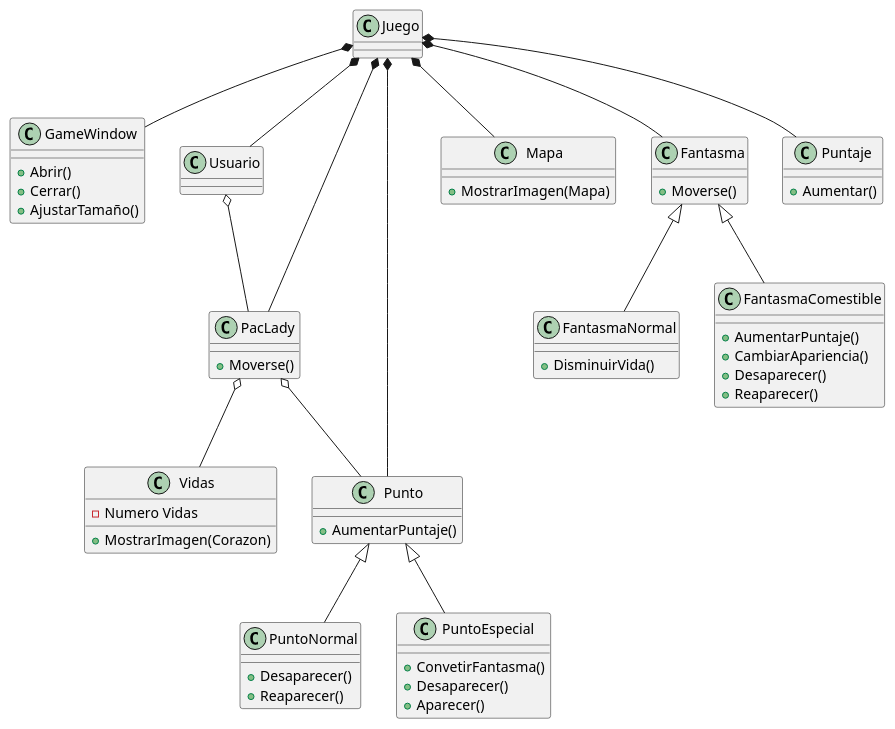
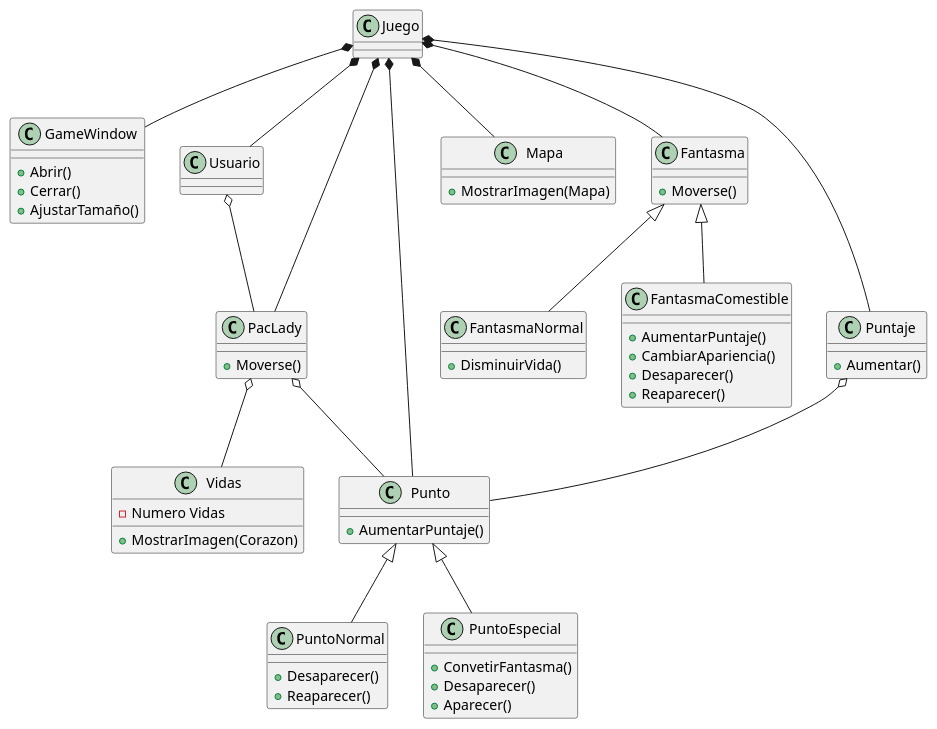
One commit to renata-olvera1/Pac-Lady changed the diagram in docs/diagrama.puml. Above: the diagram before and after it, drawn with PlantUML. The commit also changed 3 other files, not shown here.

```diff
--- a/docs/diagrama.puml
+++ b/docs/diagrama.puml
@@ -1,63 +1,64 @@
 @startuml diagrama
 
 class Juego
 class GameWindow{
     +Abrir()
     +Cerrar()
     +AjustarTamaño()
 }
 class Usuario
 class PacLady{
     +Moverse()
 }
 class Vidas{
     -Numero Vidas
     + MostrarImagen(Corazon)
 }
 class Punto{
     +AumentarPuntaje()
 }
 class PuntoNormal{
     +Desaparecer()
     +Reaparecer()
 }
 class PuntoEspecial{
     +ConvetirFantasma()
     +Desaparecer()
     +Aparecer()
 }
 class Mapa{
     +MostrarImagen(Mapa)
 }
 class Fantasma{
     +Moverse()
 }
 class FantasmaNormal{
     +DisminuirVida()
 }
 class FantasmaComestible{
     +AumentarPuntaje()
     +CambiarApariencia()
     +Desaparecer()
     +Reaparecer()
 }
 class Puntaje{
     +Aumentar()
 }
 
 Juego *-- Usuario
 Juego *-- GameWindow
 Juego *-- Puntaje
 Juego *-- PacLady
 Juego *-- Punto
 Juego *-- Mapa
 Punto <|-- PuntoNormal 
 Punto <|-- PuntoEspecial
 Juego *-- Fantasma
 Fantasma <|-- FantasmaComestible
 Fantasma <|-- FantasmaNormal
 Usuario o-- PacLady
 PacLady o-- Punto
 PacLady o-- Vidas
+Puntaje o-- Punto
 
 @enduml
```
